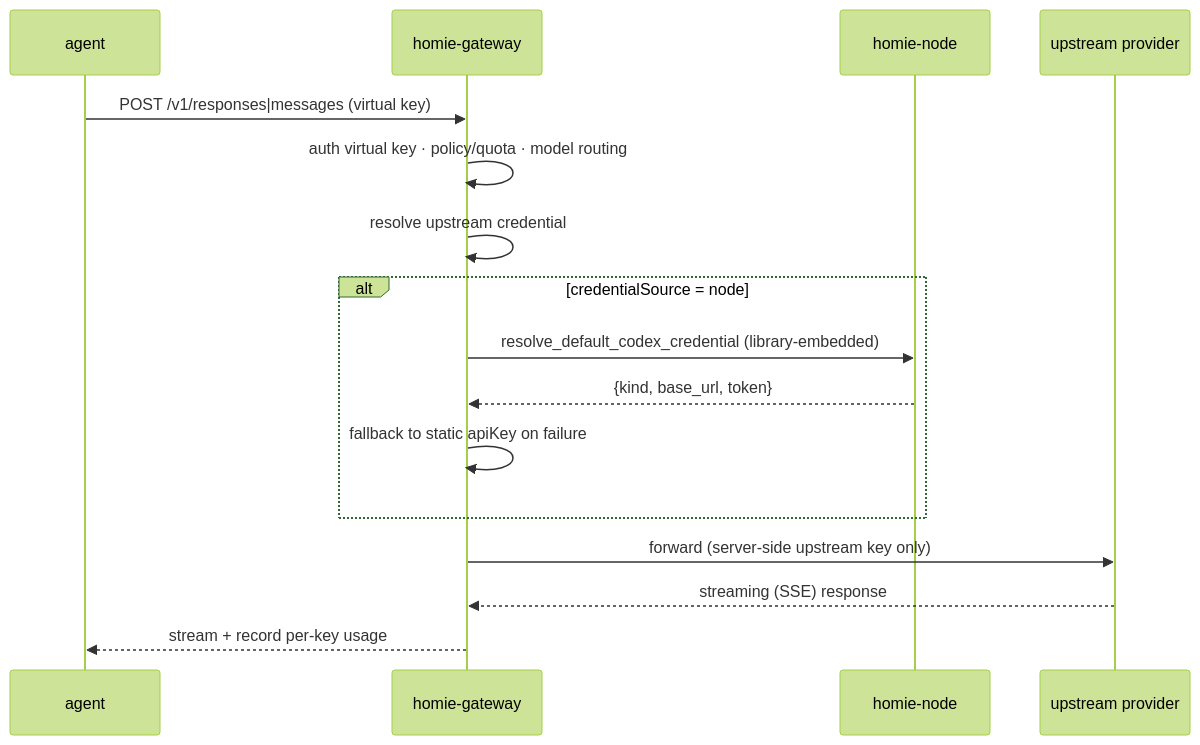
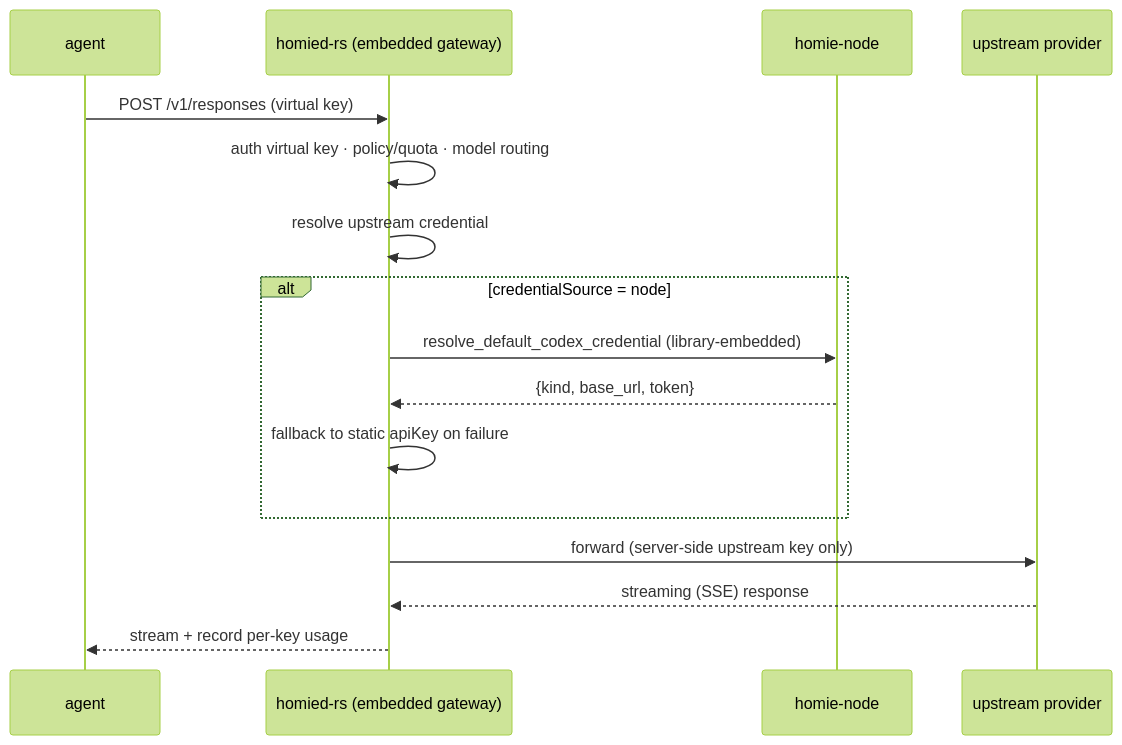
The sixth of 7 diagrams in README.md (superops-team/homie), drawn with Mermaid (forest theme) before and after one commit. The commit also changed other lines of this file and 31 other files, not shown here.

First line of the commit message:
feat(gateway): embed LLM proxy in daemon + converge to OpenAI-only

````diff
--- a/README.md
+++ b/README.md
@@ -206,19 +207,19 @@
 ```mermaid
 sequenceDiagram
     participant A as agent
-    participant G as homie-gateway
+    participant D as homied-rs (embedded gateway)
     participant N as homie-node
     participant U as upstream provider
 
-    A->>G: POST /v1/responses|messages (virtual key)
-    G->>G: auth virtual key · policy/quota · model routing
-    G->>G: resolve upstream credential
+    A->>D: POST /v1/responses (virtual key)
+    D->>D: auth virtual key · policy/quota · model routing
+    D->>D: resolve upstream credential
     alt credentialSource = node
-        G->>N: resolve_default_codex_credential (library-embedded)
-        N-->>G: {kind, base_url, token}
-        G->>G: fallback to static apiKey on failure
+        D->>N: resolve_default_codex_credential (library-embedded)
+        N-->>D: {kind, base_url, token}
+        D->>D: fallback to static apiKey on failure
     end
-    G->>U: forward (server-side upstream key only)
-    U-->>G: streaming (SSE) response
-    G-->>A: stream + record per-key usage
+    D->>U: forward (server-side upstream key only)
+    U-->>D: streaming (SSE) response
+    D-->>A: stream + record per-key usage
 ```
````
